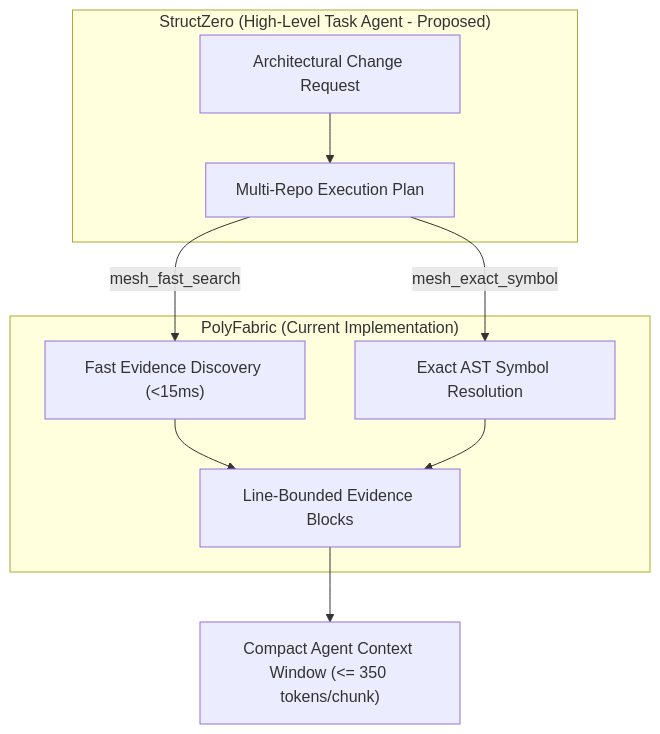
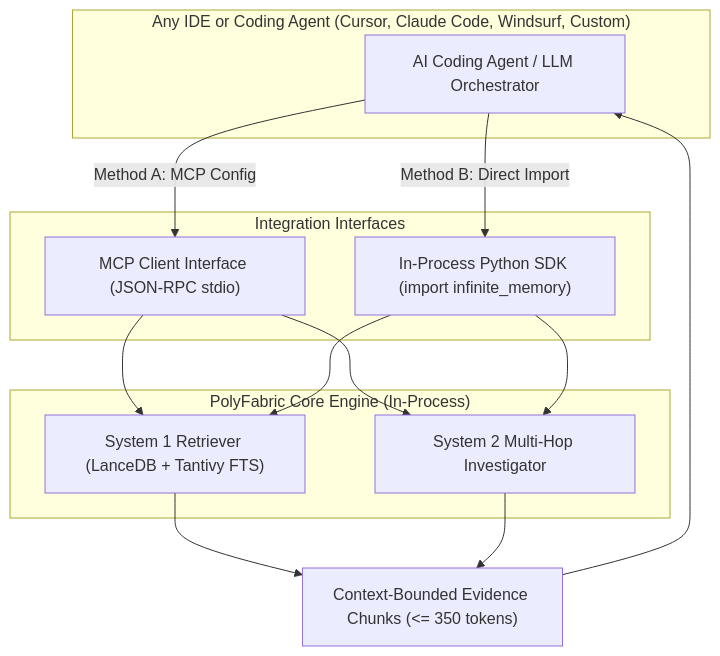
One commit to vishalvermauts/PolyFabric changed the third of 3 diagrams in README.md. Above: the diagram before and after it, drawn with Mermaid. The commit also changed other lines of this file, not shown here.

Commit message:
docs: remove StructZero references and replace with universal IDE and agent integration guide

````diff
--- a/README.md
+++ b/README.md
@@ -142,15 +142,28 @@
 ```mermaid
 flowchart TD
-    subgraph StructZero["StructZero (High-Level Task Agent - Proposed)"]
-        Task["Architectural Change Request"] --> Plan["Multi-Repo Execution Plan"]
+    subgraph ClientLayer["Any IDE or Coding Agent (Cursor, Claude Code, Windsurf, Custom)"]
+        Agent["AI Coding Agent / LLM Orchestrator"]
     end
 
-    subgraph PolyFabric["PolyFabric (Current Implementation)"]
-        Plan -->|mesh_fast_search| PF1["Fast Evidence Discovery (<15ms)"]
-        Plan -->|mesh_exact_symbol| PF2["Exact AST Symbol Resolution"]
-        PF1 --> Evidence["Line-Bounded Evidence Blocks"]
-        PF2 --> Evidence
+    subgraph IntegrationOptions["Integration Interfaces"]
+        MCPClient["MCP Client Interface (JSON-RPC stdio)"]
+        PythonSDK["In-Process Python SDK (import infinite_memory)"]
     end
 
-    Evidence --> Context["Compact Agent Context Window (<= 350 tokens/chunk)"]
+    subgraph PolyFabricEngine["PolyFabric Core Engine (In-Process)"]
+        S1["System 1 Retriever (LanceDB + Tantivy FTS)"]
+        S2["System 2 Multi-Hop Investigator"]
+    end
+
+    Agent -->|Method A: MCP Config| MCPClient
+    Agent -->|Method B: Direct Import| PythonSDK
+
+    MCPClient --> S1
+    MCPClient --> S2
+    PythonSDK --> S1
+    PythonSDK --> S2
+
+    S1 --> Evidence["Context-Bounded Evidence Chunks (<= 350 tokens)"]
+    S2 --> Evidence
+    Evidence --> Agent
 ```
````
